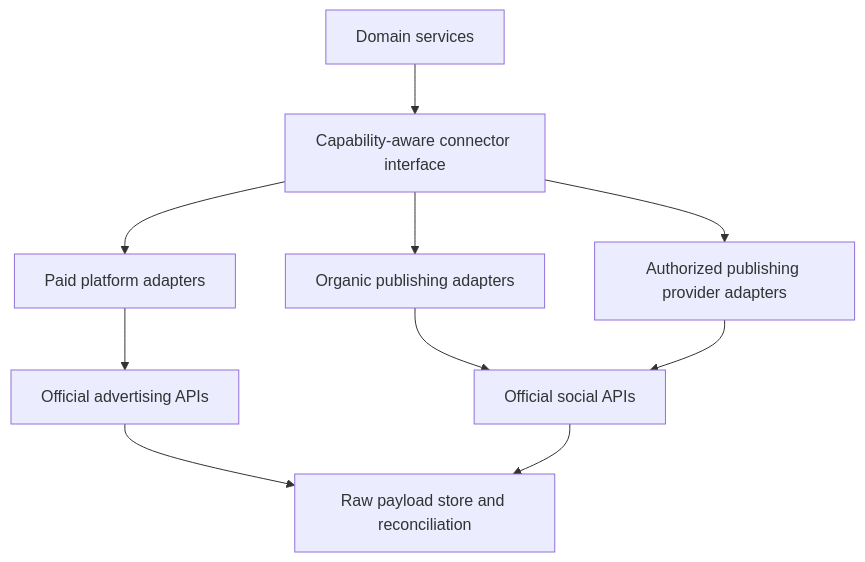
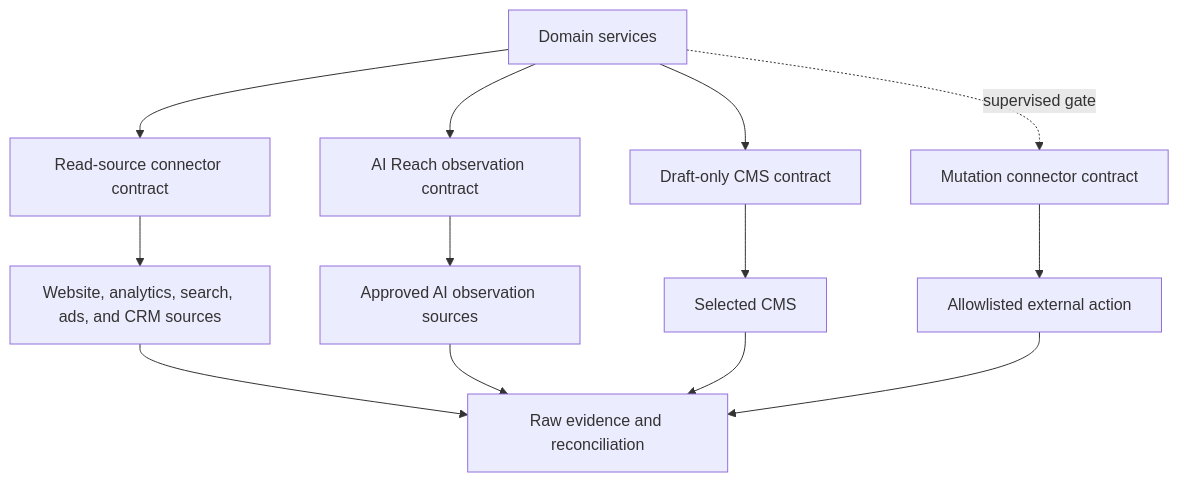
Before and after one commit to rspeciale0519/agent-ads: the diagram in docs/development/architecture/platform-integration-architecture.md, drawn with Mermaid. The commit also changed other lines of this file and 33 other files, not shown here.

````diff
--- a/docs/development/architecture/platform-integration-architecture.md
+++ b/docs/development/architecture/platform-integration-architecture.md
@@ -9,12 +11,15 @@
 ```mermaid
 flowchart TD
-    D["Domain services"] --> C["Capability-aware connector interface"]
-    C --> P1["Paid platform adapters"]
-    C --> P2["Organic publishing adapters"]
-    C --> B["Authorized publishing provider adapters"]
-    P1 --> APIs["Official advertising APIs"]
-    P2 --> APIs2["Official social APIs"]
-    B --> APIs2
-    APIs --> R["Raw payload store and reconciliation"]
-    APIs2 --> R
+    D["Domain services"] --> R["Read-source connector contract"]
+    D --> A["AI Reach observation contract"]
+    D --> C["Draft-only CMS contract"]
+    D -. supervised gate .-> M["Mutation connector contract"]
+    R --> P["Website, analytics, search, ads, and CRM sources"]
+    A --> S["Approved AI observation sources"]
+    C --> CMS["Selected CMS"]
+    M --> X["Allowlisted external action"]
+    P --> E["Raw evidence and reconciliation"]
+    S --> E
+    CMS --> E
+    X --> E
 ```
````
